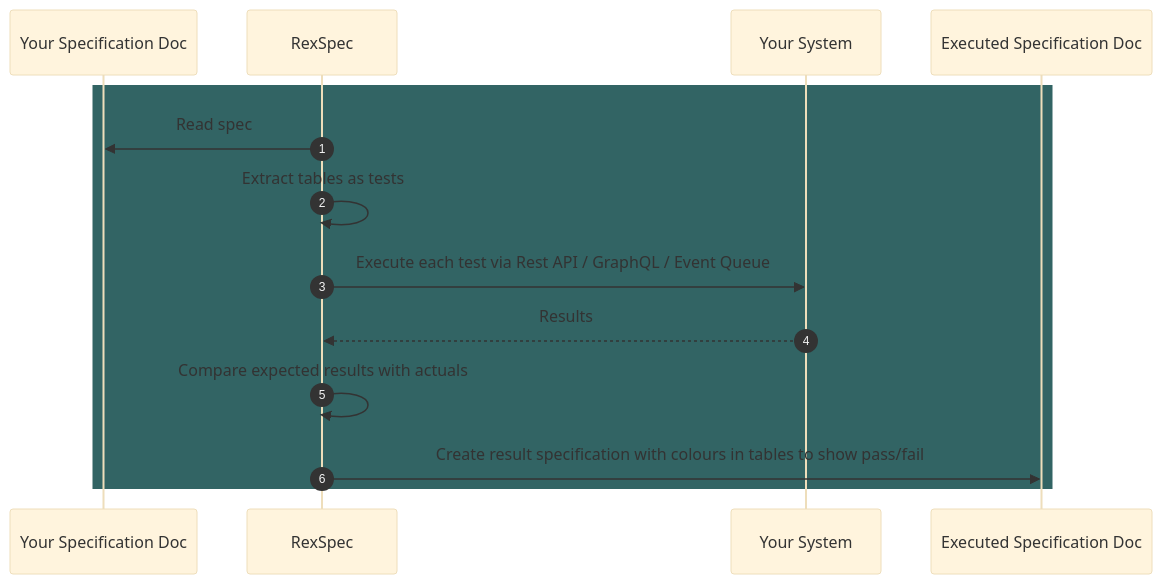
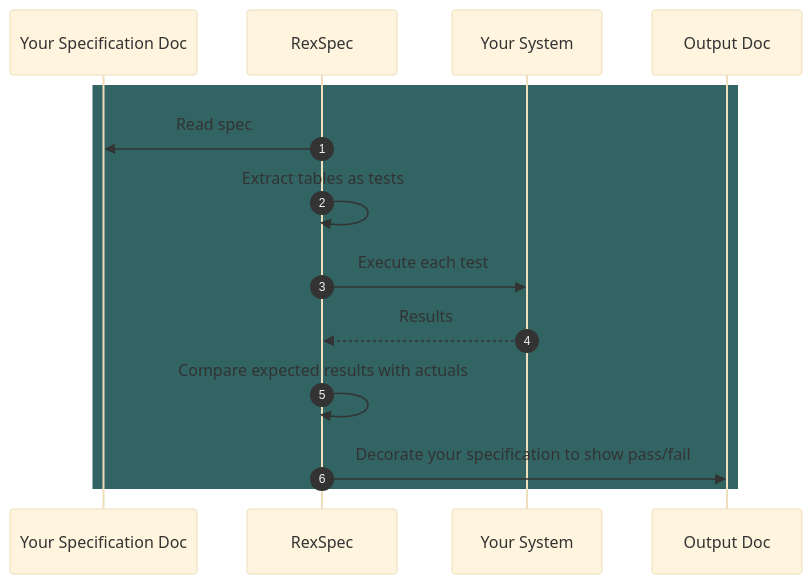
Before and after one commit to agmenc/rexspecs: the first of 2 diagrams in README.md, drawn with Mermaid (base theme). The commit also changed other lines of this file and 9 other files, not shown here.

````diff
--- a/README.md
+++ b/README.md
@@ -55,19 +55,19 @@
 ```mermaid
 sequenceDiagram
     autonumber
 
     participant Your Specification Doc
     participant RexSpec
     participant Your System
-    participant Executed Specification Doc
+    participant Output Doc
 
     rect rgb(50, 100, 100)
     %%        Note over RexSpec, Test Output: Test Execution
         RexSpec ->> Your Specification Doc: Read spec
         RexSpec ->> RexSpec: Extract tables as tests
-        RexSpec ->> Your System: Execute each test via Rest API / GraphQL / Event Queue
+        RexSpec ->> Your System: Execute each test
         Your System -->> RexSpec: Results
         RexSpec ->> RexSpec: Compare expected results with actuals
-        RexSpec ->> Executed Specification Doc: Create result specification with colours in tables to show pass/fail
+        RexSpec ->> Output Doc: Decorate your specification to show pass/fail
     end
 ```
````
